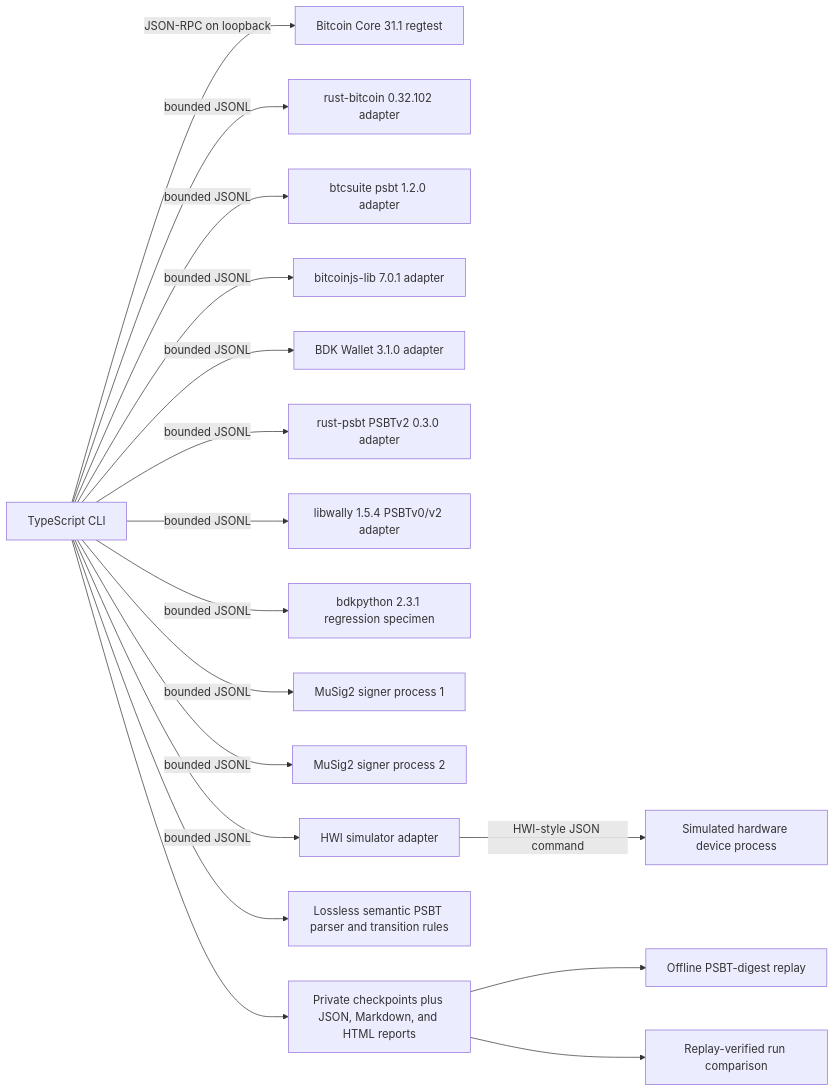
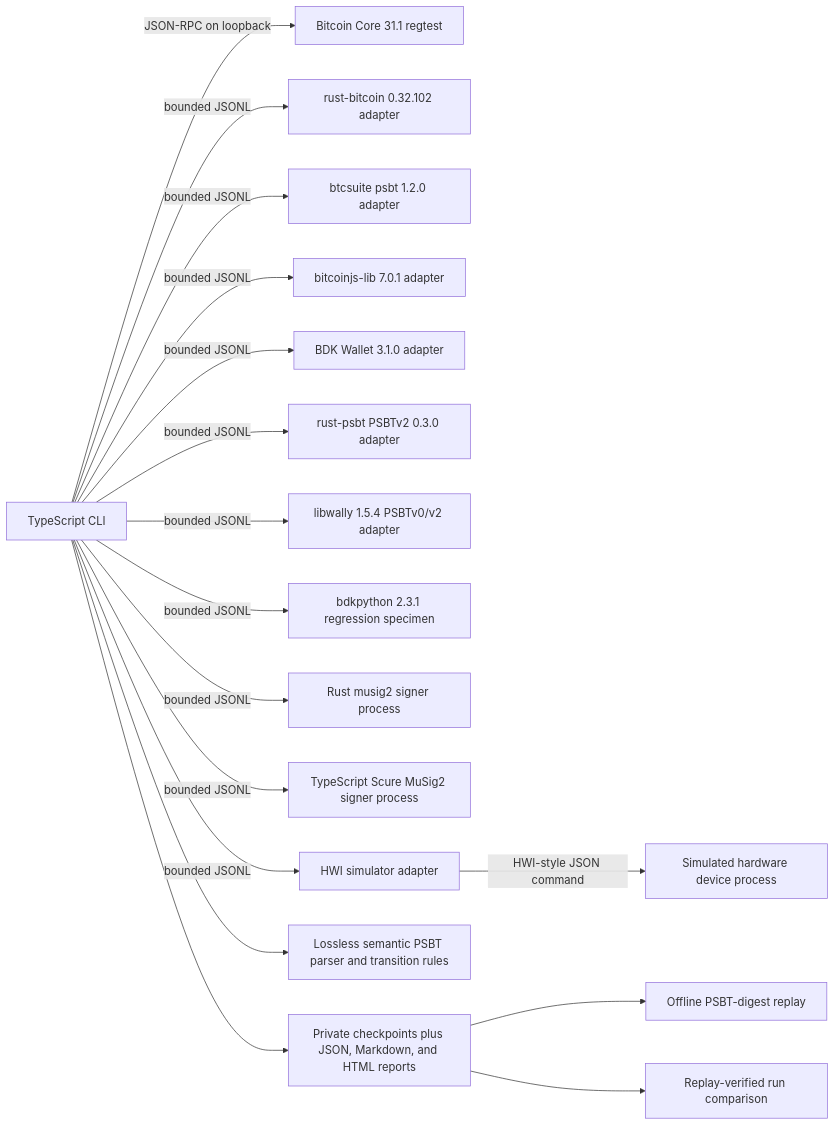
Before and after one commit to GautamBytes/psbt-interop-lab: the diagram in docs/architecture.md, drawn with Mermaid. The commit also changed other lines of this file and 27 other files, not shown here.

````diff
--- a/docs/architecture.md
+++ b/docs/architecture.md
@@ -10,19 +10,19 @@
 ```mermaid
 flowchart LR
   CLI["TypeScript CLI"] -->|"JSON-RPC on loopback"| Core["Bitcoin Core 31.1 regtest"]
   CLI -->|"bounded JSONL"| Rust["rust-bitcoin 0.32.102 adapter"]
   CLI -->|"bounded JSONL"| Go["btcsuite psbt 1.2.0 adapter"]
   CLI -->|"bounded JSONL"| JS["bitcoinjs-lib 7.0.1 adapter"]
   CLI -->|"bounded JSONL"| BDK["BDK Wallet 3.1.0 adapter"]
   CLI -->|"bounded JSONL"| V2["rust-psbt PSBTv2 0.3.0 adapter"]
   CLI -->|"bounded JSONL"| Wally["libwally 1.5.4 PSBTv0/v2 adapter"]
   CLI -->|"bounded JSONL"| Frozen["bdkpython 2.3.1 regression specimen"]
-  CLI -->|"bounded JSONL"| MuSig1["MuSig2 signer process 1"]
-  CLI -->|"bounded JSONL"| MuSig2["MuSig2 signer process 2"]
+  CLI -->|"bounded JSONL"| MuSig1["Rust musig2 signer process"]
+  CLI -->|"bounded JSONL"| MuSig2["TypeScript Scure MuSig2 signer process"]
   CLI -->|"bounded JSONL"| HWI["HWI simulator adapter"]
   HWI -->|"HWI-style JSON command"| Device["Simulated hardware device process"]
   CLI --> Facts["Lossless semantic PSBT parser and transition rules"]
   CLI --> Artifacts["Private checkpoints plus JSON, Markdown, and HTML reports"]
   Artifacts --> Replay["Offline PSBT-digest replay"]
   Artifacts --> Compare["Replay-verified run comparison"]
 ```
````
